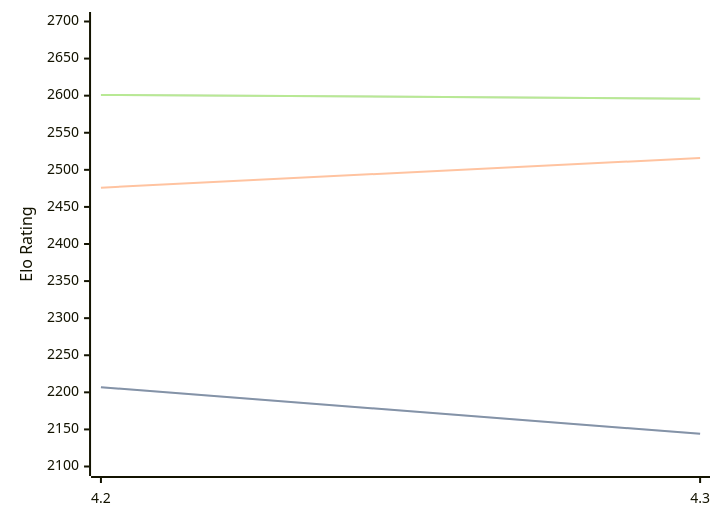
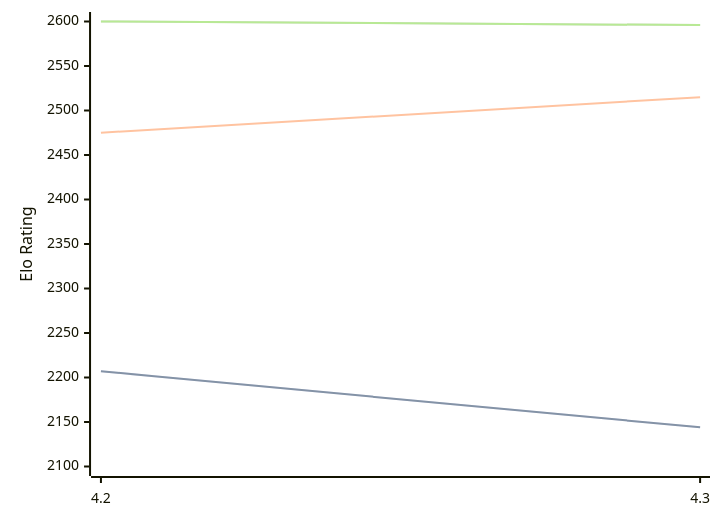
Before and after one commit to computer-chess-index/cci: the diagram in engines/Eubos.md, drawn with Mermaid. The commit also changed other lines of this file, not shown here.

Commit message:
Update CCI Ratings (ELO VLTC) - 2026-03-03

````diff
--- a/engines/Eubos.md
+++ b/engines/Eubos.md
@@ -86,11 +86,11 @@
 ```mermaid
 %%{init: {"theme":"base","themeVariables":{"seriesColors:['#a3a3a3','#222221','#faa371']}}}%%
 xychart-beta
   x-axis ["4.2", "4.3"]
-  y-axis "Elo Rating" 2100 --> 2700
+  y-axis "Elo Rating" 2100 --> 2600
   line "STC (8.0+0.08s)" [2207, 2144]
   line "STC (8.0+0.08s)" [2207, 2144]
-  line "LTC (60.0+0.60s)" [2476, 2516]
-  line "VLTC (2m24s+1.12s)" [2601, 2596]
-  line "VLTC (2m24s+1.12s)" [2601, 2596]
+  line "LTC (60.0+0.60s)" [2475, 2515]
+  line "VLTC (2m24s+1.12s)" [2600, 2596]
+  line "VLTC (2m24s+1.12s)" [2600, 2596]
 ```
````
